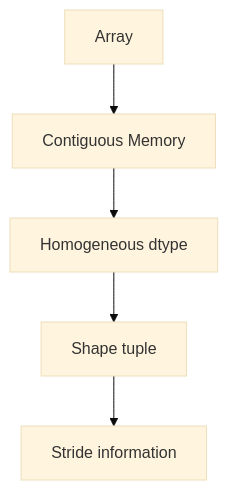
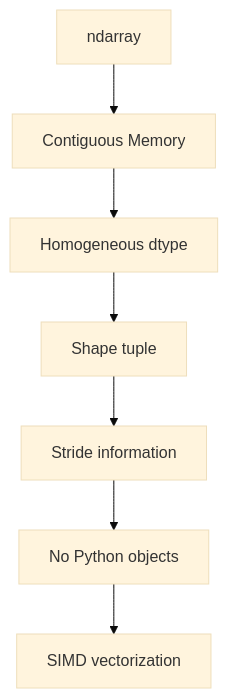
One commit to yip-lgtm/PhysicsSelfStudy changed the second of 5 diagrams in 02_MSc_DataDriven_Modeling/core_courses/MSDM_5001/README.md. Above: the diagram before and after it, drawn with Mermaid (base theme). The commit also changed other lines of this file and 17 other files, not shown here.

````diff
--- a/02_MSc_DataDriven_Modeling/core_courses/MSDM_5001/README.md
+++ b/02_MSc_DataDriven_Modeling/core_courses/MSDM_5001/README.md
@@ -310,7 +592,9 @@
 ```mermaid
 graph TD
-    A[Array] --> B[Contiguous Memory]
+    A[ndarray] --> B[Contiguous Memory]
     B --> C[Homogeneous dtype]
     C --> D[Shape tuple]
     D --> E[Stride information]
+    E --> F[No Python objects]
+    F --> G[SIMD vectorization]
 ```
````
